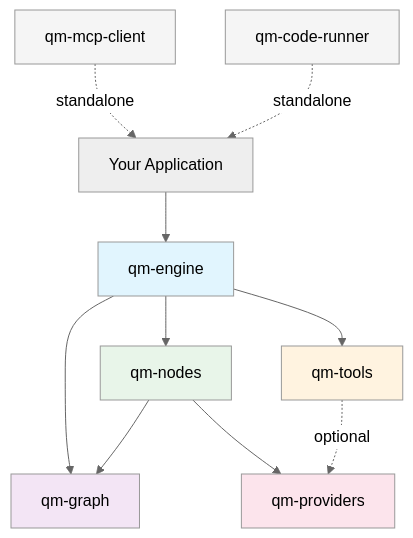
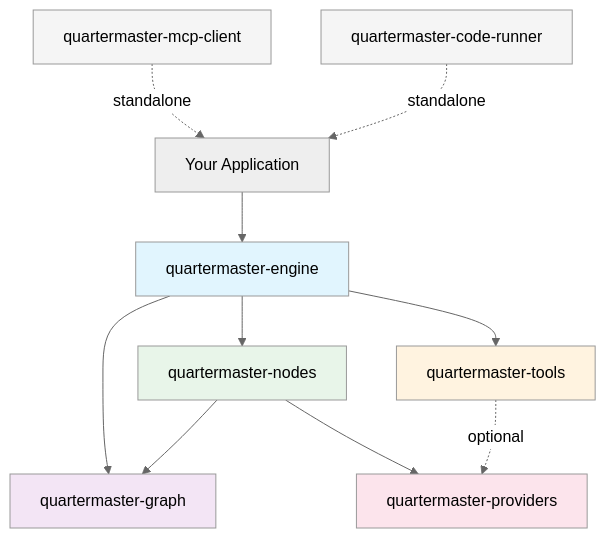
One commit to MindMadeLab/quartermaster-sdk-py changed the first of 2 diagrams in docs/architecture.md. Above: the diagram before and after it, drawn with Mermaid (neutral theme). The commit also changed other lines of this file and 1018 other files, not shown here.

````diff
--- a/docs/architecture.md
+++ b/docs/architecture.md
@@ -7,21 +7,21 @@
 ```mermaid
 graph TD
-    APP[Your Application] --> ENGINE[qm-engine]
-    ENGINE --> GRAPH[qm-graph]
-    ENGINE --> NODES[qm-nodes]
-    ENGINE --> TOOLS[qm-tools]
-    NODES --> PROVIDERS[qm-providers]
+    APP[Your Application] --> ENGINE[quartermaster-engine]
+    ENGINE --> GRAPH[quartermaster-graph]
+    ENGINE --> NODES[quartermaster-nodes]
+    ENGINE --> TOOLS[quartermaster-tools]
+    NODES --> PROVIDERS[quartermaster-providers]
     NODES --> GRAPH
     TOOLS -.->|optional| PROVIDERS
 
-    MCP[qm-mcp-client] -.->|standalone| APP
-    CODE[qm-code-runner] -.->|standalone| APP
+    MCP[quartermaster-mcp-client] -.->|standalone| APP
+    CODE[quartermaster-code-runner] -.->|standalone| APP
 
     style ENGINE fill:#e1f5fe
     style GRAPH fill:#f3e5f5
     style NODES fill:#e8f5e9
     style TOOLS fill:#fff3e0
     style PROVIDERS fill:#fce4ec
     style MCP fill:#f5f5f5
     style CODE fill:#f5f5f5
 ```
````
